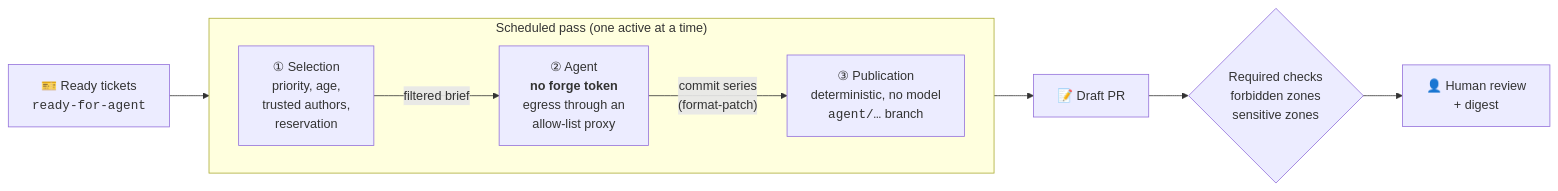
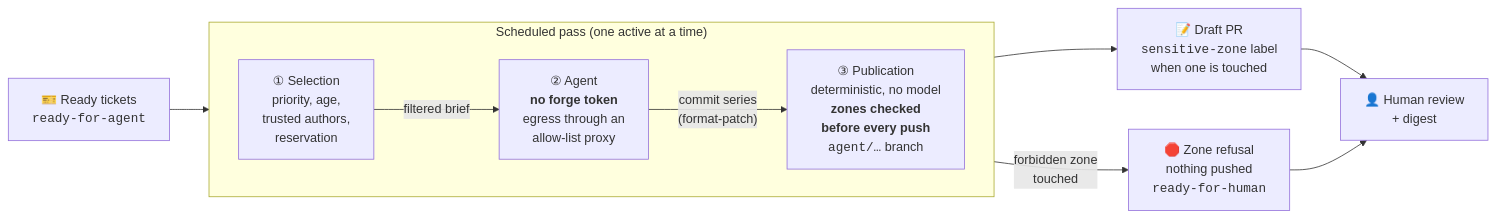
Before and after one commit to UnPoilTefal/night-shift: the diagram in README.md, drawn with Mermaid. The commit also changed other lines of this file and 17 other files, not shown here.

First line of the commit message:
:lock: Publication : refus de zone avant chaque push (ADR 0011)

````diff
--- a/README.md
+++ b/README.md
@@ -21,17 +21,18 @@
 ```mermaid
 flowchart LR
     T["🎫 Ready tickets<br/><code>ready-for-agent</code>"]
     subgraph P["Scheduled pass (one active at a time)"]
         direction LR
         S["① Selection<br/>priority, age,<br/>trusted authors,<br/>reservation"]
         A["② Agent<br/><b>no forge token</b><br/>egress through an<br/>allow-list proxy"]
-        U["③ Publication<br/>deterministic, no model<br/><code>agent/…</code> branch"]
+        U["③ Publication<br/>deterministic, no model<br/><b>zones checked<br/>before every push</b><br/><code>agent/…</code> branch"]
         S -- "filtered brief" --> A
         A -- "commit series<br/>(format-patch)" --> U
     end
-    PR["📝 Draft PR"]
-    C{"Required checks<br/>forbidden zones<br/>sensitive zones"}
+    PR["📝 Draft PR<br/><code>sensitive-zone</code> label<br/>when one is touched"]
+    R["🛑 Zone refusal<br/>nothing pushed<br/><code>ready-for-human</code>"]
     H["👤 Human review<br/>+ digest"]
     T --> S
-    U --> PR --> C --> H
+    U --> PR --> H
+    U -- "forbidden zone<br/>touched" --> R --> H
 ```
````
